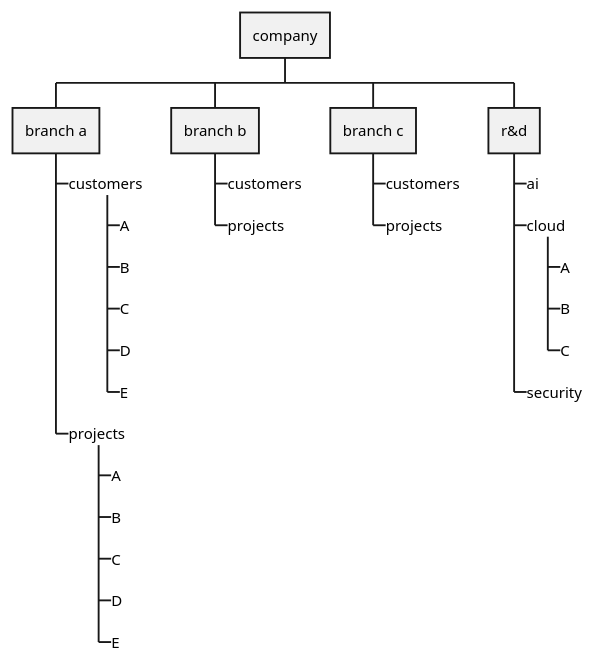
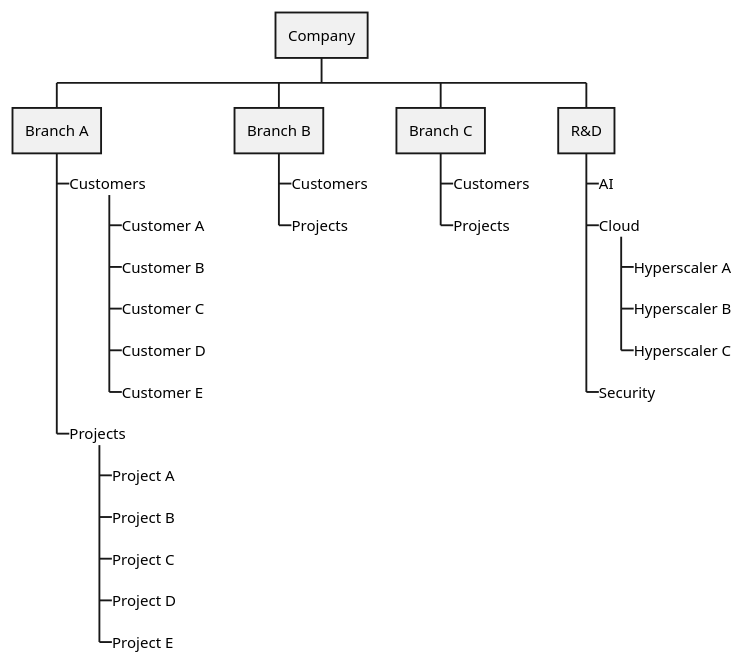
The diagram in dev/plantuml/org.puml (soulspace-org/overarch), drawn with PlantUML before and after one commit.

Commit message:
updated wbs experiment

```diff
--- a/dev/plantuml/org.puml
+++ b/dev/plantuml/org.puml
@@ -1,29 +1,29 @@
 @startwbs
-* company
-** branch a
-***_ customers
-****_ A
-****_ B
-****_ C
-****_ D
-****_ E
-***_ projects
-****_ A
-****_ B
-****_ C
-****_ D
-****_ E
-** branch b
-***_ customers
-***_ projects
-** branch c
-***_ customers
-***_ projects
-** r&d
-***_ ai
-***_ cloud
-****_ A
-****_ B
-****_ C
-***_ security
+* Company
+** Branch A
+***_ Customers
+****_ Customer A
+****_ Customer B
+****_ Customer C
+****_ Customer D
+****_ Customer E
+***_ Projects
+****_ Project A
+****_ Project B
+****_ Project C
+****_ Project D
+****_ Project E
+** Branch B
+***_ Customers
+***_ Projects
+** Branch C
+***_ Customers
+***_ Projects
+** R&D
+***_ AI
+***_ Cloud
+****_ Hyperscaler A
+****_ Hyperscaler B
+****_ Hyperscaler C
+***_ Security
 @endwbs
```
